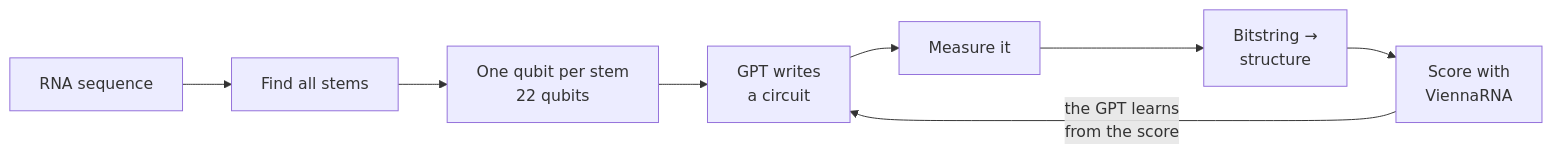
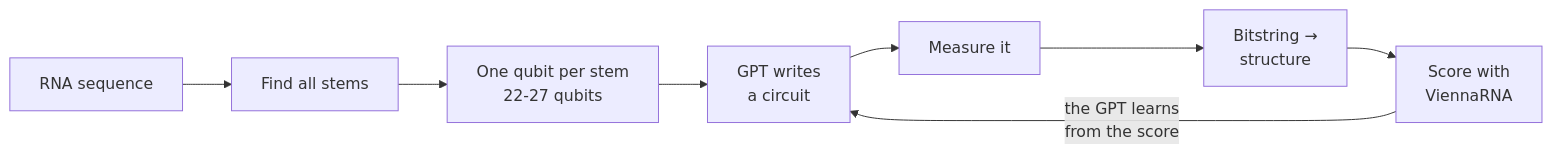
The diagram in README.md (hosen20/mRNA), drawn with Mermaid before and after one commit. The commit also changed other lines of this file, not shown here.

````diff
--- a/README.md
+++ b/README.md
@@ -30,10 +30,10 @@
 ```mermaid
 flowchart LR
     A["RNA sequence"] --> B["Find all stems"]
-    B --> C["One qubit per stem<br/>22 qubits"]
+    B --> C["One qubit per stem<br/>22-27 qubits"]
     C --> D["GPT writes<br/>a circuit"]
     D --> E["Measure it"]
     E --> F["Bitstring →<br/>structure"]
     F --> G["Score with<br/>ViennaRNA"]
     G -->|"the GPT learns<br/>from the score"| D
 ```
````
